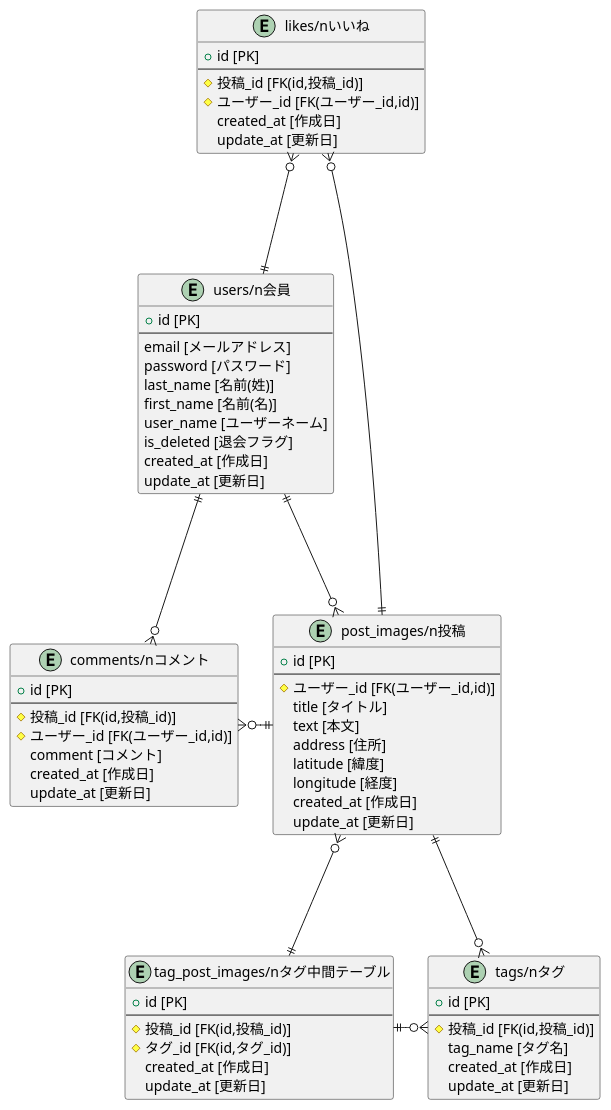
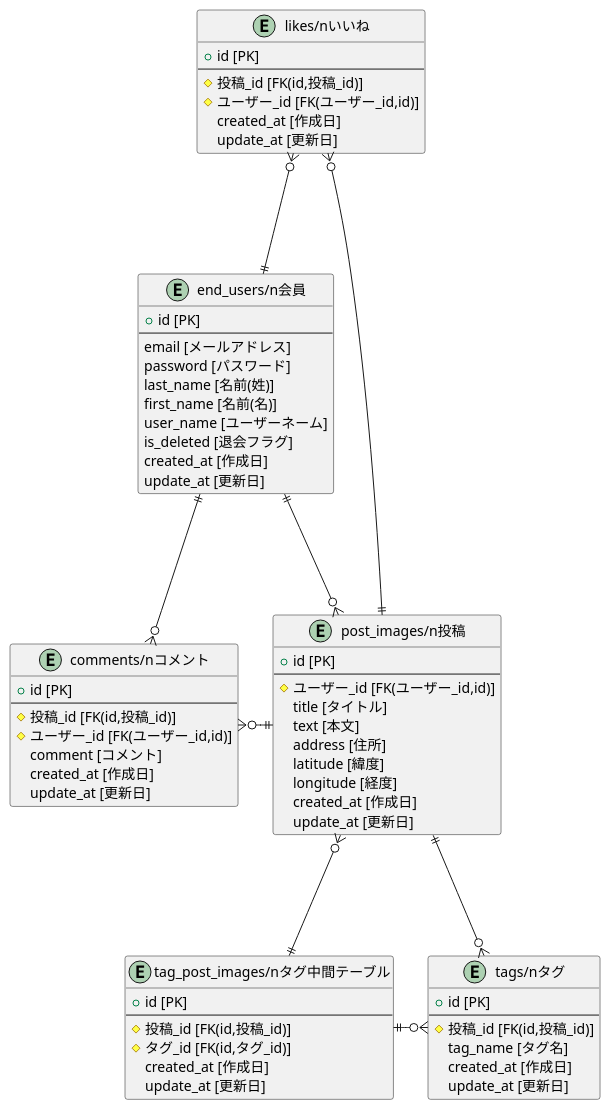
The diagram in README.md (herojejung/Ours), drawn with PlantUML before and after one commit.

Commit message:
[update]ER図編集

````diff
--- a/README.md
+++ b/README.md
@@ -46,69 +46,69 @@
 ```puml
 @startuml
-entity users as "users/n会員" {
+entity end_users as "end_users/n会員" {
   + id [PK]
   --
 email [メールアドレス]
 password [パスワード]
 last_name [名前(姓)]
 first_name [名前(名)]
 user_name [ユーザーネーム]
 is_deleted [退会フラグ]
 created_at [作成日]
 update_at [更新日]
 }
 entity post_images as "post_images/n投稿" {
   + id [PK]
   --
 # ユーザー_id [FK(ユーザー_id,id)]
 title [タイトル]
 text [本文]
 address [住所]
 latitude [緯度]
 longitude [経度]
 created_at [作成日]
 update_at [更新日]
 }
 entity tags as "tags/nタグ" {
   + id [PK]
   --
 # 投稿_id [FK(id,投稿_id)]
 tag_name [タグ名]
 created_at [作成日]
 update_at [更新日]
 }
 entity tag_post_images as "tag_post_images/nタグ中間テーブル" {
   + id [PK]
   --
 # 投稿_id [FK(id,投稿_id)]
 # タグ_id [FK(id,タグ_id)]
 created_at [作成日]
 update_at [更新日]
 }
 entity comments as "comments/nコメント" {
   + id [PK]
   --
 # 投稿_id [FK(id,投稿_id)]
 # ユーザー_id [FK(ユーザー_id,id)]
 comment [コメント]
 created_at [作成日]
 update_at [更新日]
 }
 entity likes as "likes/nいいね" {
   + id [PK]
   --
 # 投稿_id [FK(id,投稿_id)]
 # ユーザー_id [FK(ユーザー_id,id)]
 created_at [作成日]
 update_at [更新日]
 }
 tag_post_images ||-u--o{ post_images
 tag_post_images ||-r--o{ tags
 post_images ||-d--o{ tags
-post_images ||--l---o{ comments
+post_images ||-l--o{ comments
 post_images ||-d--o{ likes
-users ||-l--o{ post_images
-users ||-d--o{ comments
-users ||-u--o{ likes
+end_users ||-l--o{ post_images
+end_users ||-d--o{ comments
+end_users ||-u--o{ likes
 @enduml
 ```
````
